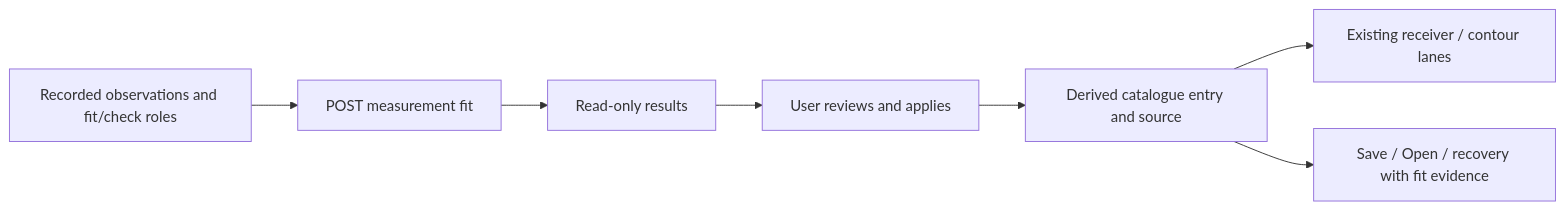
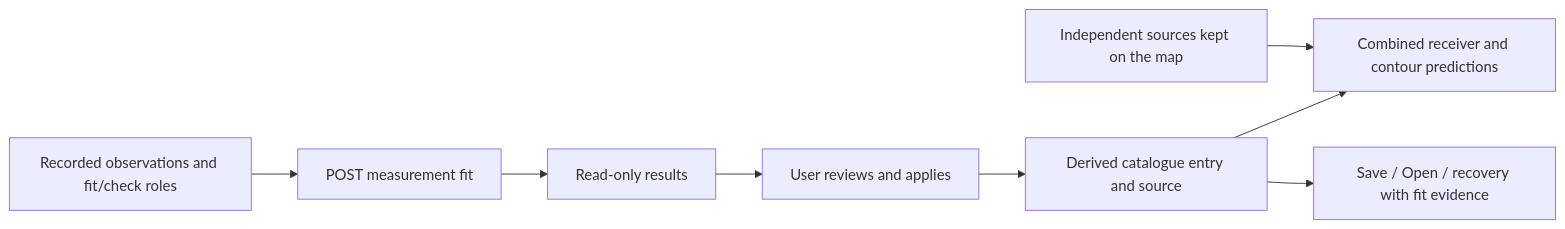
The sixth of 6 diagrams in ARCHITECURE.md (Jakespitteler/Sound-Model), drawn with Mermaid before and after one commit. The commit also changed other lines of this file and 27 other files, not shown here.

````diff
--- a/ARCHITECURE.md
+++ b/ARCHITECURE.md
@@ -509,9 +511,10 @@
 ```mermaid
 flowchart LR
     Readings[Recorded observations and fit/check roles] --> Preview[POST measurement fit]
     Preview --> Results[Read-only results]
     Results --> Review[User reviews and applies]
     Review --> Derived[Derived catalogue entry and source]
-    Derived --> Existing[Existing receiver / contour lanes]
+    Derived --> Existing[Combined receiver and contour predictions]
+    Separate[Independent sources kept on the map] --> Existing
     Derived --> Files[Save / Open / recovery with fit evidence]
 ```
````
